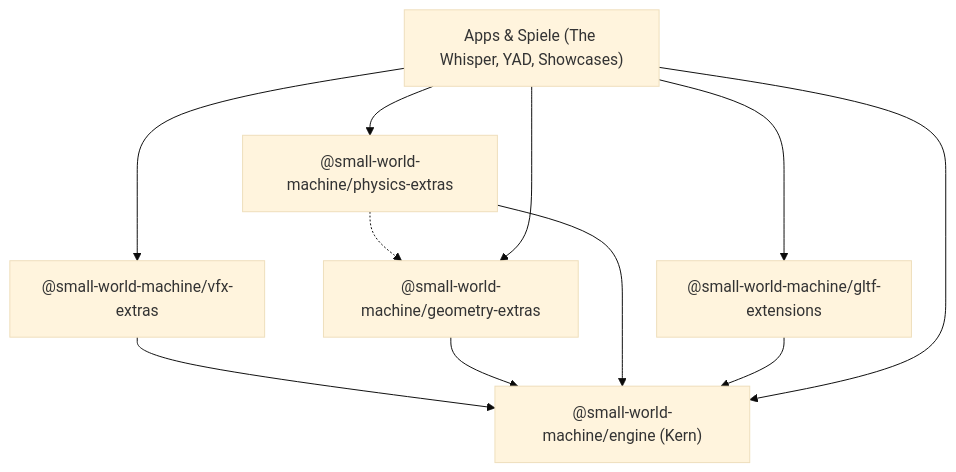
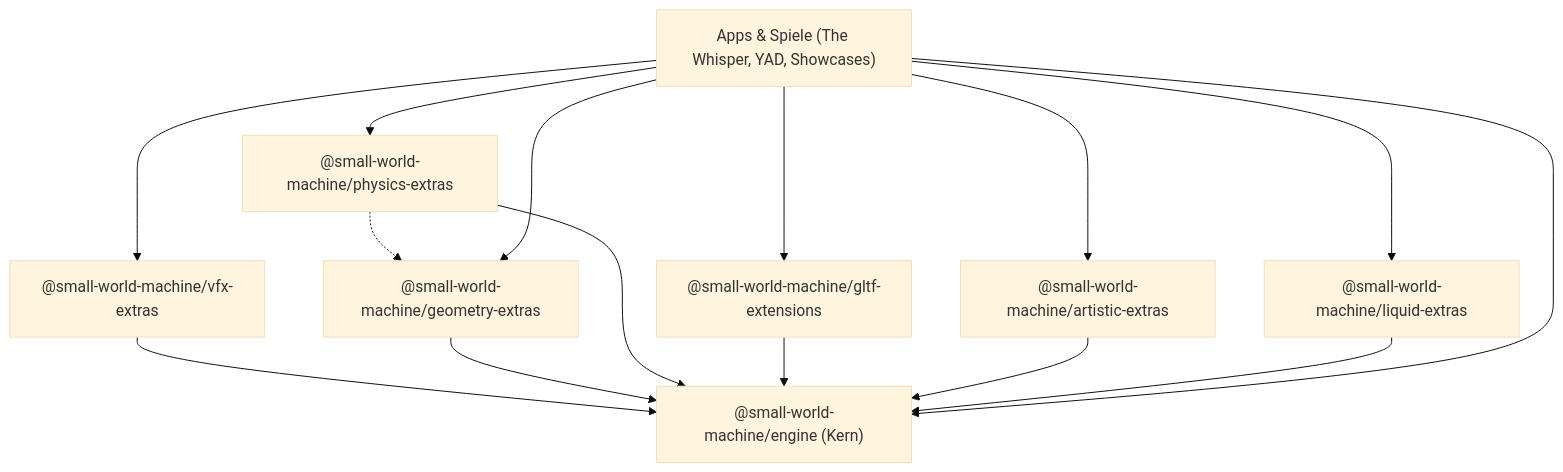
Before and after one commit to rottensteiner-stefan/small-world-machine: the diagram in docs/extensions/index.md, drawn with Mermaid (base theme). The commit also changed other lines of this file and 7 other files, not shown here.

````diff
--- a/docs/extensions/index.md
+++ b/docs/extensions/index.md
@@ -20,14 +23,18 @@
 ```mermaid
 graph TD
     Engine["@small-world-machine/engine (Kern)"]
     VFX["@small-world-machine/vfx-extras"] --> Engine
     Geom["@small-world-machine/geometry-extras"] --> Engine
     Phys["@small-world-machine/physics-extras"] --> Engine
     Phys -.-> Geom
     GLTF["@small-world-machine/gltf-extensions"] --> Engine
+    Art["@small-world-machine/artistic-extras"] --> Engine
+    Liq["@small-world-machine/liquid-extras"] --> Engine
     Apps["Apps & Spiele (The Whisper, YAD, Showcases)"] --> Engine
     Apps --> VFX
     Apps --> Geom
     Apps --> Phys
     Apps --> GLTF
+    Apps --> Art
+    Apps --> Liq
 ```
````
